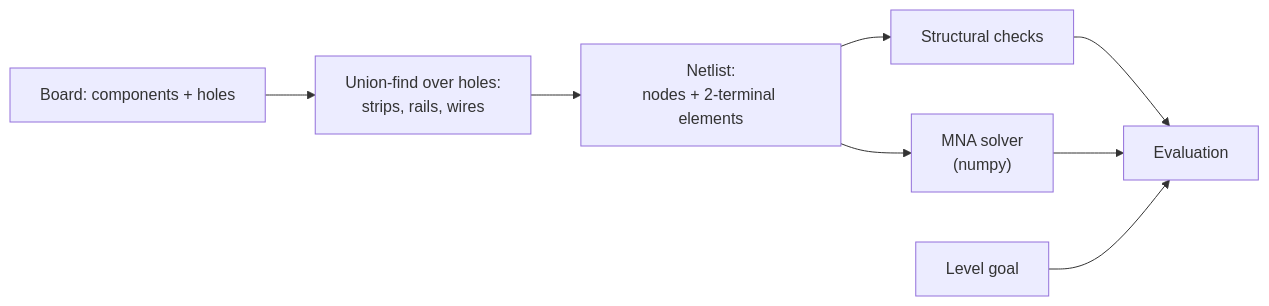
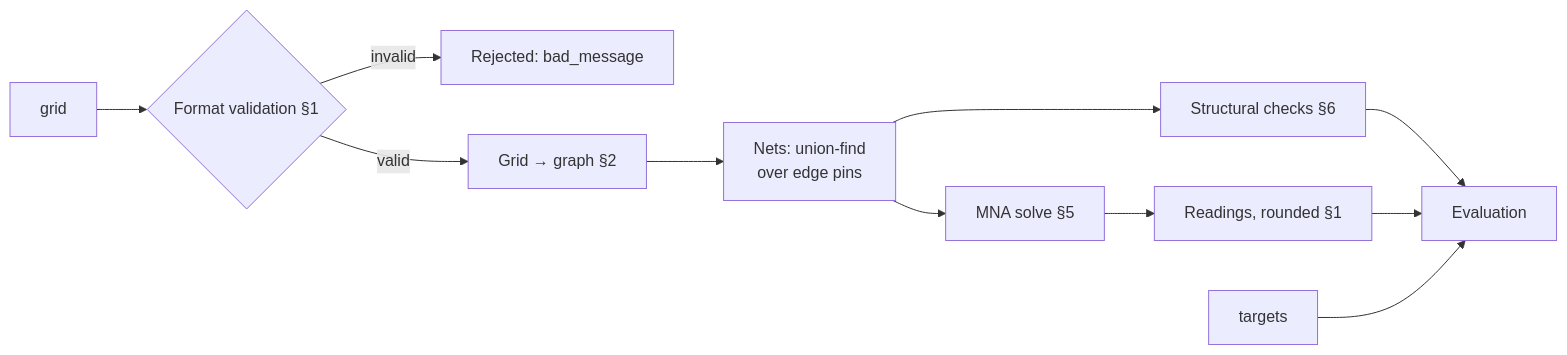
Before and after one commit to VOxFF/schematics-ai-tutor: the second of 2 diagrams in docs/schematics.md, drawn with Mermaid. The commit also changed other lines of this file and 2 other files, not shown here.

First line of the commit message:
Rewrite the evaluator sections for the grid and graph model

````diff
--- a/docs/schematics.md
+++ b/docs/schematics.md
@@ -248,10 +246,13 @@
 ```mermaid
 flowchart LR
-    B[Board: components + holes] --> U["Union-find over holes:<br/>strips, rails, wires"]
-    U --> N["Netlist:<br/>nodes + 2-terminal elements"]
-    N --> S[Structural checks]
-    N --> M["MNA solver<br/>(numpy)"]
+    G[grid] --> V{Format validation §1}
+    V -- invalid --> X["Rejected: bad_message"]
+    V -- valid --> GR["Grid → graph §2"]
+    GR --> N["Nets: union-find<br/>over edge pins"]
+    N --> S["Structural checks §6"]
+    N --> M["MNA solve §5"]
+    M --> R["Readings, rounded §1"]
     S --> E[Evaluation]
-    M --> E
-    G[Level goal] --> E
+    R --> E
+    T[targets] --> E
 ```
````
